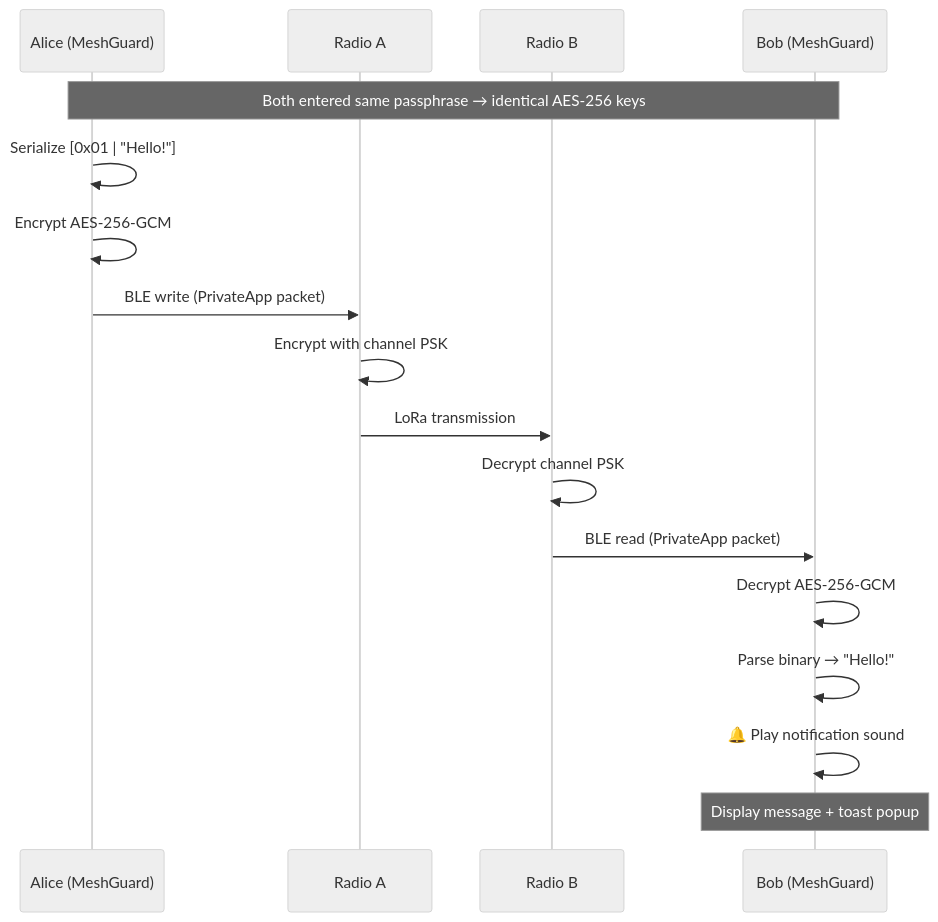
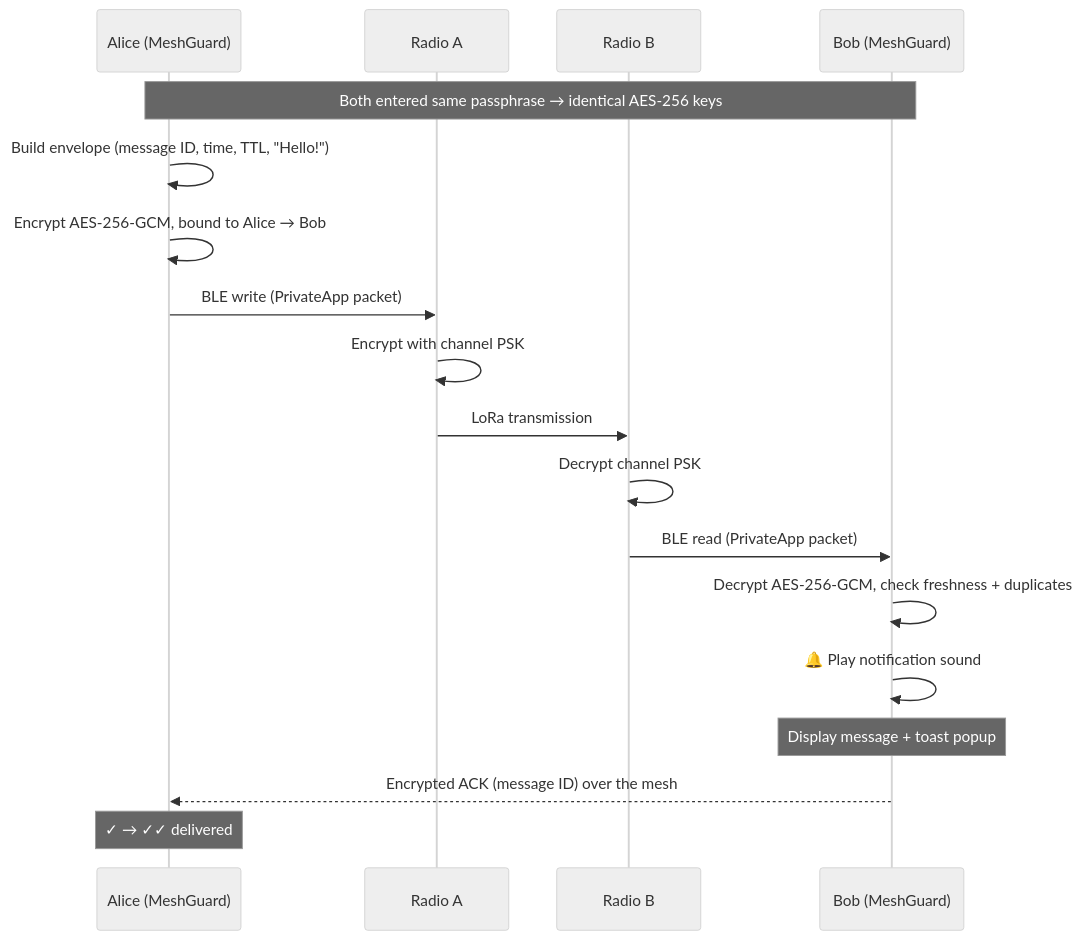
Before and after one commit to nemke82/meshguard: the third of 6 diagrams in README.md, drawn with Mermaid (neutral theme). The commit also changed other lines of this file and 4 other files, not shown here.

````diff
--- a/README.md
+++ b/README.md
@@ -110,21 +117,22 @@
 ```mermaid
 sequenceDiagram
     participant Alice as Alice (MeshGuard)
     participant RA as Radio A
     participant RB as Radio B
     participant Bob as Bob (MeshGuard)
 
     Note over Alice,Bob: Both entered same passphrase → identical AES-256 keys
 
-    Alice->>Alice: Serialize [0x01 | "Hello!"]
-    Alice->>Alice: Encrypt AES-256-GCM
+    Alice->>Alice: Build envelope (message ID, time, TTL, "Hello!")
+    Alice->>Alice: Encrypt AES-256-GCM, bound to Alice → Bob
     Alice->>RA: BLE write (PrivateApp packet)
     RA->>RA: Encrypt with channel PSK
     RA->>RB: LoRa transmission
     RB->>RB: Decrypt channel PSK
     RB->>Bob: BLE read (PrivateApp packet)
-    Bob->>Bob: Decrypt AES-256-GCM
-    Bob->>Bob: Parse binary → "Hello!"
+    Bob->>Bob: Decrypt AES-256-GCM, check freshness + duplicates
     Bob->>Bob: 🔔 Play notification sound
     Note over Bob: Display message + toast popup
+    Bob-->>Alice: Encrypted ACK (message ID) over the mesh
+    Note over Alice: ✓ → ✓✓ delivered
 ```
````
